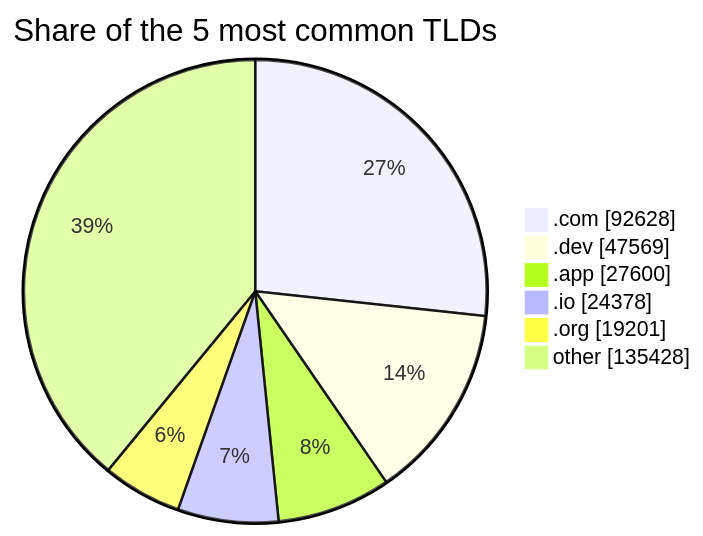
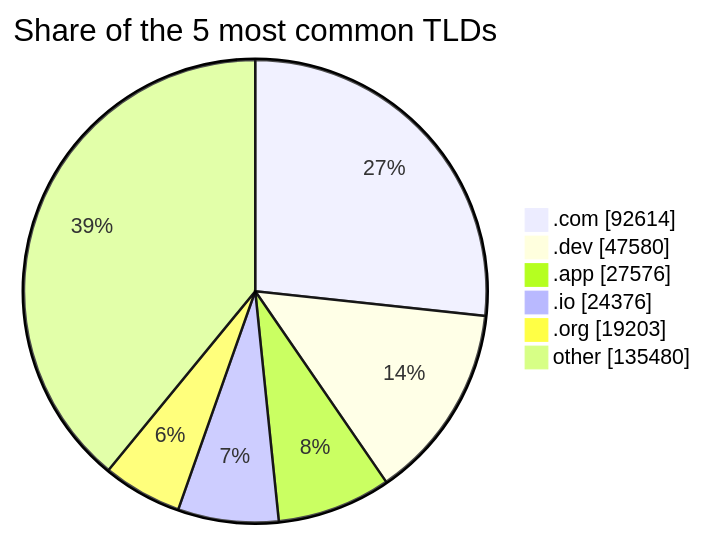
The third of 3 diagrams in README.md (DNSBunker/CTI), drawn with Mermaid before and after one commit. The commit also changed other lines of this file and 3 other files, not shown here.

````diff
--- a/README.md
+++ b/README.md
@@ -81,9 +81,9 @@
 ```mermaid
 pie showData title Share of the 5 most common TLDs
-    ".com" : 92628
-    ".dev" : 47569
-    ".app" : 27600
-    ".io" : 24378
-    ".org" : 19201
-    "other" : 135428
+    ".com" : 92614
+    ".dev" : 47580
+    ".app" : 27576
+    ".io" : 24376
+    ".org" : 19203
+    "other" : 135480
 ```
````
